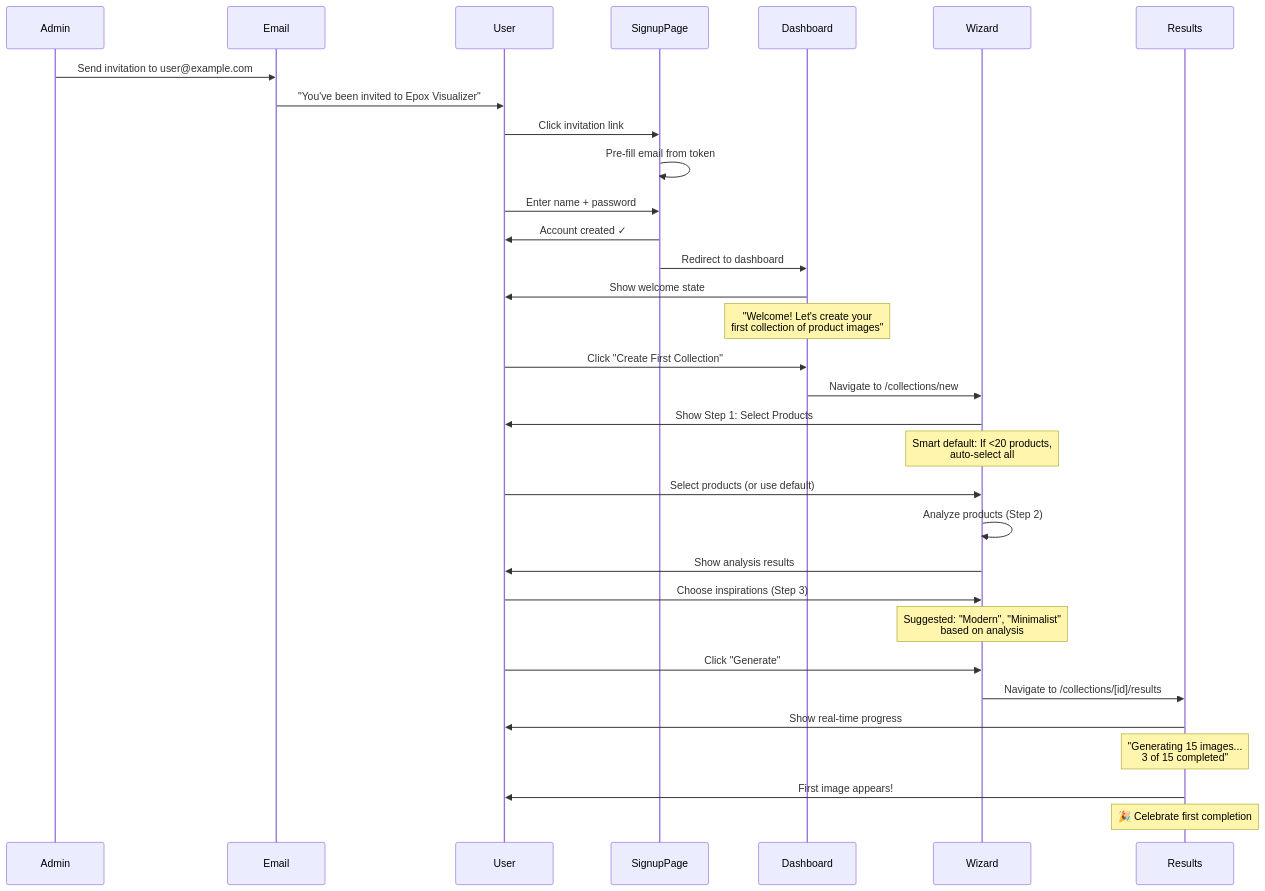
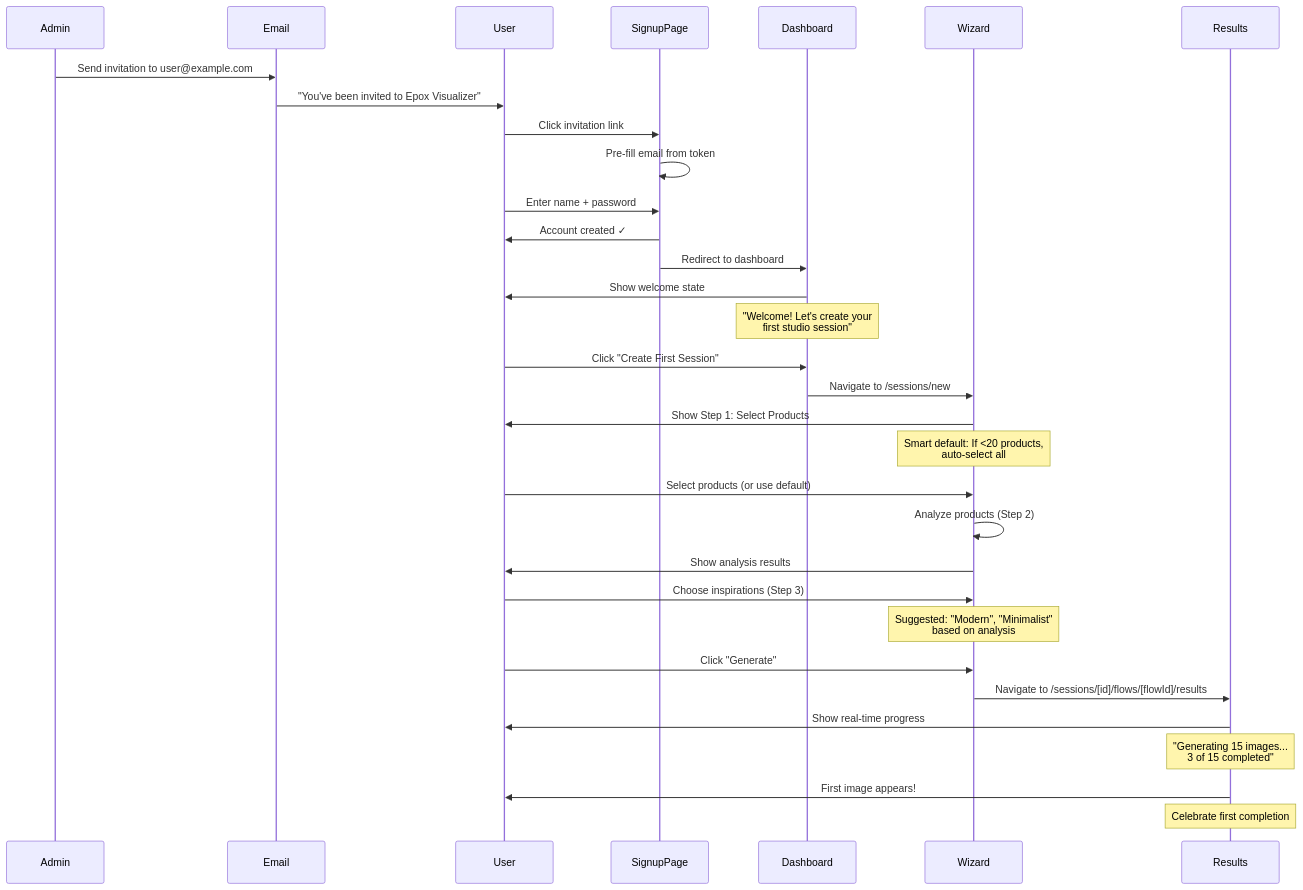
The second of 13 diagrams in apps/scenergy-visualizer/design-log/004-user-flows-journey.md (shlior7/epox-monorepo), drawn with Mermaid before and after one commit. The commit also changed other lines of this file and 8 other files, not shown here.

````diff
--- a/apps/scenergy-visualizer/design-log/004-user-flows-journey.md
+++ b/apps/scenergy-visualizer/design-log/004-user-flows-journey.md
@@ -118,44 +119,44 @@
 ```mermaid
 sequenceDiagram
     participant Admin
     participant Email
     participant User
     participant SignupPage
     participant Dashboard
     participant Wizard
     participant Results
 
     Admin->>Email: Send invitation to user@example.com
     Email->>User: "You've been invited to Epox Visualizer"
     User->>SignupPage: Click invitation link
 
     SignupPage->>SignupPage: Pre-fill email from token
     User->>SignupPage: Enter name + password
     SignupPage->>User: Account created ✓
 
     SignupPage->>Dashboard: Redirect to dashboard
     Dashboard->>User: Show welcome state
-    Note over Dashboard: "Welcome! Let's create your<br/>first collection of product images"
+    Note over Dashboard: "Welcome! Let's create your<br/>first studio session"
 
-    User->>Dashboard: Click "Create First Collection"
-    Dashboard->>Wizard: Navigate to /collections/new
+    User->>Dashboard: Click "Create First Session"
+    Dashboard->>Wizard: Navigate to /sessions/new
 
     Wizard->>User: Show Step 1: Select Products
     Note over Wizard: Smart default: If <20 products,<br/>auto-select all
 
     User->>Wizard: Select products (or use default)
     Wizard->>Wizard: Analyze products (Step 2)
     Wizard->>User: Show analysis results
 
     User->>Wizard: Choose inspirations (Step 3)
     Note over Wizard: Suggested: "Modern", "Minimalist"<br/>based on analysis
 
     User->>Wizard: Click "Generate"
-    Wizard->>Results: Navigate to /collections/[id]/results
+    Wizard->>Results: Navigate to /sessions/[id]/flows/[flowId]/results
 
     Results->>User: Show real-time progress
     Note over Results: "Generating 15 images...<br/>3 of 15 completed"
 
     Results->>User: First image appears!
-    Note over Results: 🎉 Celebrate first completion
+    Note over Results: Celebrate first completion
 ```
````
